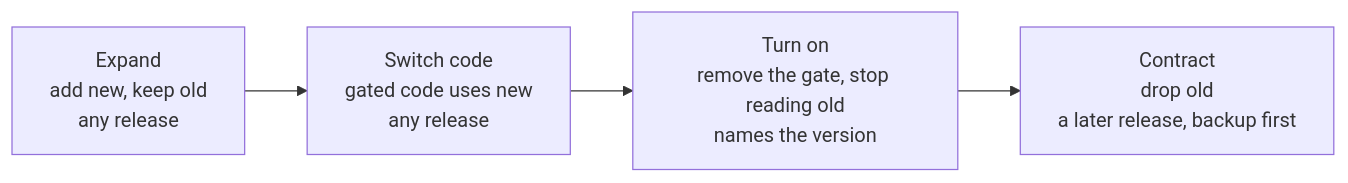
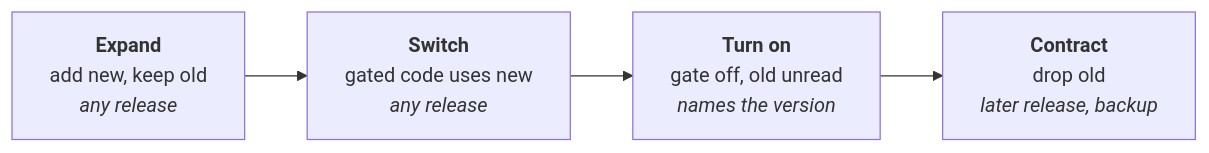
One commit to vednemesicnik/cz.vednemesicnik changed the second of 3 diagrams in docs/_branching-model.md. Above: the diagram before and after it, drawn with Mermaid. The commit also changed other lines of this file, not shown here.

Commit message:
docs: shorten the labels of the release model diagrams

````diff
--- a/docs/_branching-model.md
+++ b/docs/_branching-model.md
@@ -63,6 +63,6 @@
 ```mermaid
 flowchart LR
-  E["Expand<br/>add new, keep old<br/>any release"] --> S["Switch code<br/>gated code uses new<br/>any release"]
-  S --> T["Turn on<br/>remove the gate, stop reading old<br/>names the version"]
-  T --> C["Contract<br/>drop old<br/>a later release, backup first"]
+  E["<b>Expand</b><br/>add new, keep old<br/><i>any release</i>"] --> S["<b>Switch</b><br/>gated code uses new<br/><i>any release</i>"]
+  S --> T["<b>Turn on</b><br/>gate off, old unread<br/><i>names the version</i>"]
+  T --> C["<b>Contract</b><br/>drop old<br/><i>later release, backup</i>"]
 ```
````
